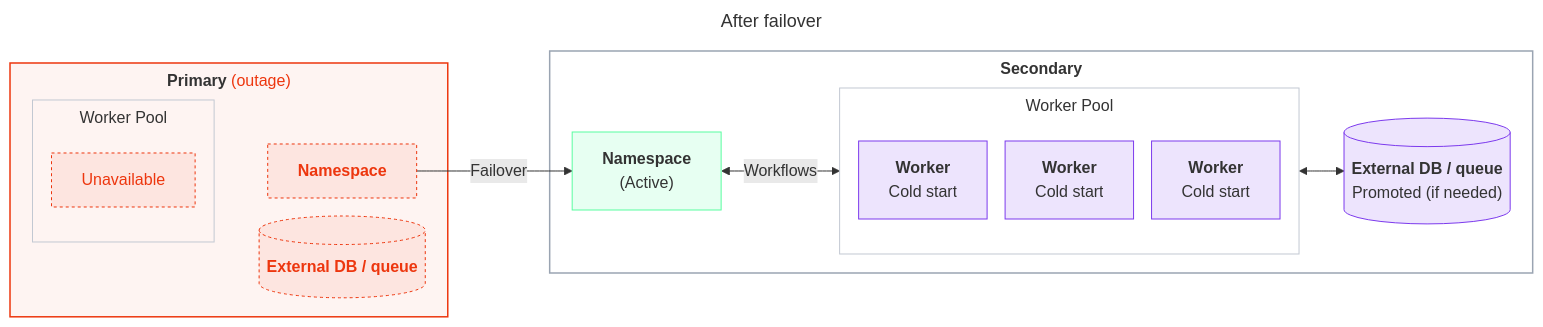
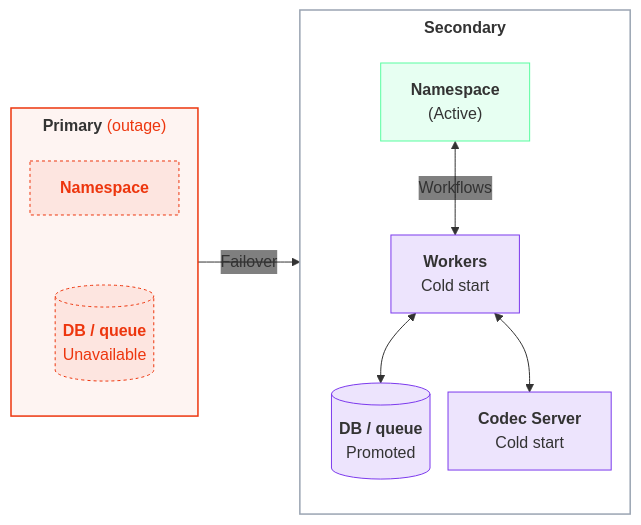
One commit to temporalio/documentation changed the eighth of 19 diagrams in docs/cloud/high-availability/deployment-patterns.mdx. Above: the diagram before and after it, drawn with Mermaid. The commit also changed other lines of this file, not shown here.

````diff
--- a/docs/cloud/high-availability/deployment-patterns.mdx
+++ b/docs/cloud/high-availability/deployment-patterns.mdx
@@ -326,37 +337,27 @@
 ```mermaid
----
-title: After failover
----
-%%{init: {'themeVariables':{'fontFamily':'Inter, ui-sans-serif, system-ui, sans-serif'},'flowchart':{'nodeSpacing':18,'rankSpacing':45,'curve':'basis','subGraphTitleMargin':{'top':6,'bottom':12}}}}%%
+%%{init: {'themeVariables':{'fontFamily':'Inter, ui-sans-serif, system-ui, sans-serif','edgeLabelBackground':'transparent'},'flowchart':{'nodeSpacing':18,'rankSpacing':45,'curve':'basis','subGraphTitleMargin':{'top':6,'bottom':12}}}}%%
 flowchart LR
     classDef worker fill:#7C3AED22,stroke:#7C3AED,stroke-width:1px;
     classDef ns fill:#59FDA024,stroke:#59FDA0,stroke-width:1px;
     classDef ext fill:#7C3AED22,stroke:#7C3AED,stroke-width:1px;
     classDef down fill:#ED360E14,stroke:#ED360E,stroke-width:1px,stroke-dasharray:3 3,color:#ED360E;
     classDef region fill:transparent,stroke:#9aa4b2,stroke-width:1.5px;
     classDef regiondown fill:#ED360E0D,stroke:#ED360E,stroke-width:1.5px;
-    classDef pool fill:transparent,stroke:#c2c8d2,stroke-width:1px;
     subgraph DCFPRI["<b>Primary</b> <span style='color:#ED360E'>(outage)</span>"]
-      subgraph DCFWP["Worker Pool"]
-        DCFW1["Unavailable"]:::down
-      end
       DCFNS["<b>Namespace</b>"]:::down
-      DCFDB[("<b>External DB / queue</b>")]:::down
-      DCFWP ~~~ DCFNS
+      DCFDB[("<b>DB / queue</b><br/>Unavailable")]:::down
+      DCFNS ~~~ DCFDB
     end
     subgraph DCFSEC["<b>Secondary</b>"]
       DCFN["<b>Namespace</b><br/>(Active)"]:::ns
-      subgraph DCFSP["Worker Pool"]
-        DCFSW1["<b>Worker</b><br/>Cold start"]:::worker
-        DCFSW2["<b>Worker</b><br/>Cold start"]:::worker
-        DCFSW3["<b>Worker</b><br/>Cold start"]:::worker
-      end
-      DCFDB2[("<b>External DB / queue</b><br/>Promoted (if needed)")]:::ext
+      DCFSP["<b>Workers</b><br/>Cold start"]:::worker
+      DCFCODEC["<b>Codec Server</b><br/>Cold start"]:::ext
+      DCFDB2[("<b>DB / queue</b><br/>Promoted")]:::ext
       DCFN <-->|Workflows| DCFSP
       DCFSP <--> DCFDB2
+      DCFSP <--> DCFCODEC
     end
-    DCFNS -->|"Failover"| DCFN
+    DCFPRI -->|"Failover"| DCFSEC
     class DCFPRI regiondown
     class DCFSEC region
-    class DCFWP,DCFSP pool
 ```
````
